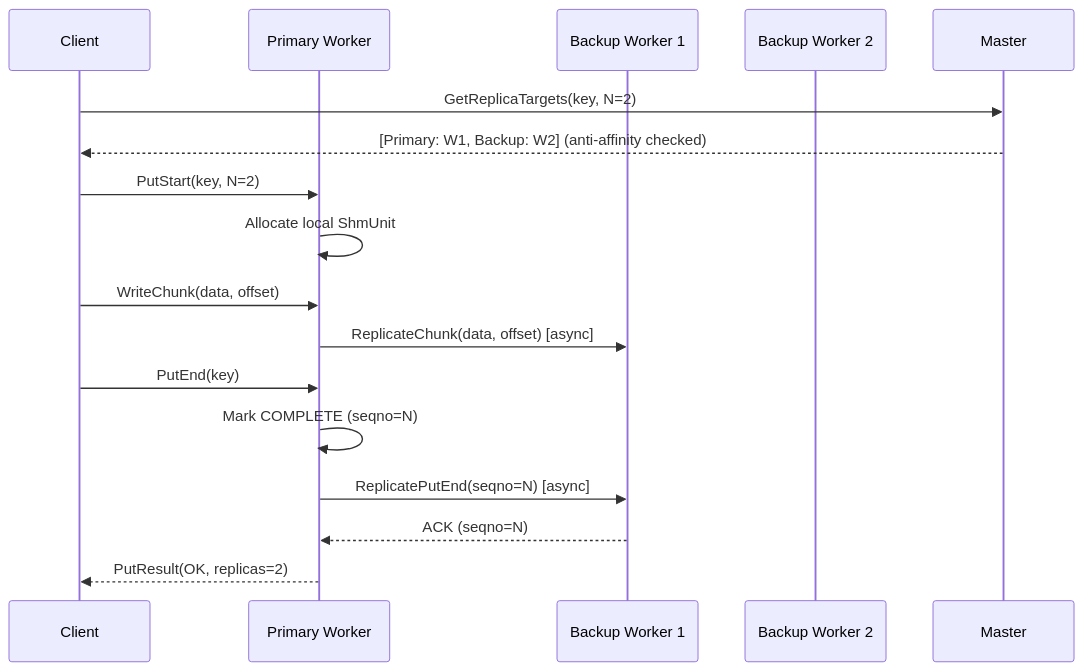
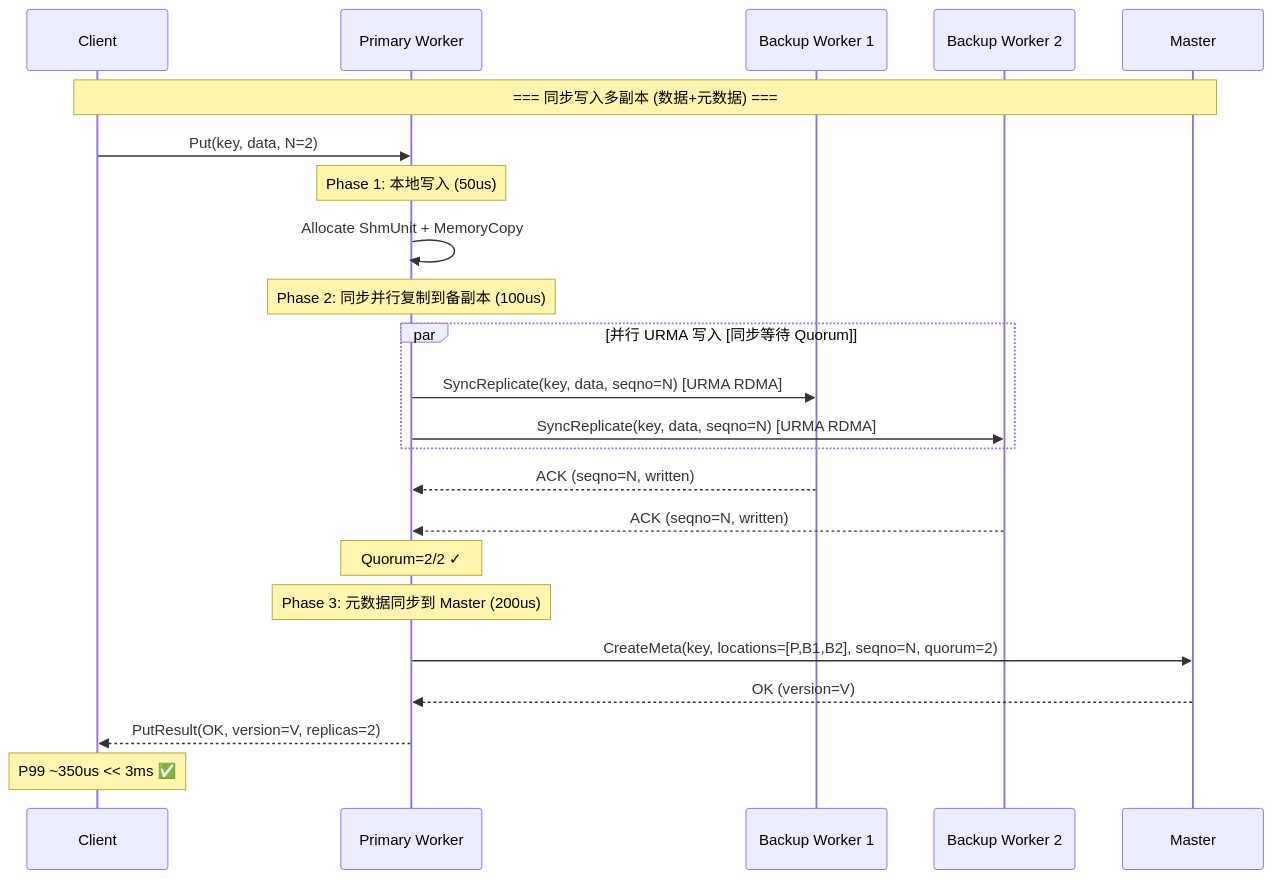
Before and after one commit to CheYulin/yuanrong-datasystem-agent-workbench: the second of 7 diagrams in rfc/2026-05-multi-replica/design.md, drawn with Mermaid. The commit also changed other lines of this file, not shown here.

First line of the commit message:
refactor: synchronous write multi-replica with data+metadata sync

````diff
--- a/rfc/2026-05-multi-replica/design.md
+++ b/rfc/2026-05-multi-replica/design.md
@@ -100,23 +100,31 @@
 ```mermaid
 sequenceDiagram
     participant Client
     participant Primary as Primary Worker
     participant Backup1 as Backup Worker 1
     participant Backup2 as Backup Worker 2
     participant Master
     
-    Client->>Master: GetReplicaTargets(key, N=2)
-    Master-->>Client: [Primary: W1, Backup: W2] (anti-affinity checked)
+    Note over Client,Master: === 同步写入多副本 (数据+元数据) ===
     
-    Client->>Primary: PutStart(key, N=2)
-    Primary->>Primary: Allocate local ShmUnit
+    Client->>Primary: Put(key, data, N=2)
     
-    Client->>Primary: WriteChunk(data, offset)
-    Primary->>Backup1: ReplicateChunk(data, offset) [async]
+    Note over Primary: Phase 1: 本地写入 (50us)
+    Primary->>Primary: Allocate ShmUnit + MemoryCopy
     
-    Client->>Primary: PutEnd(key)
-    Primary->>Primary: Mark COMPLETE (seqno=N)
-    Primary->>Backup1: ReplicatePutEnd(seqno=N) [async]
-    Backup1-->>Primary: ACK (seqno=N)
-    Primary-->>Client: PutResult(OK, replicas=2)
+    Note over Primary: Phase 2: 同步并行复制到备副本 (100us)
+    par 并行 URMA 写入 [同步等待 Quorum]
+        Primary->>Backup1: SyncReplicate(key, data, seqno=N) [URMA RDMA]
+        Primary->>Backup2: SyncReplicate(key, data, seqno=N) [URMA RDMA]
+    end
+    Backup1-->>Primary: ACK (seqno=N, written)
+    Backup2-->>Primary: ACK (seqno=N, written)
+    Note over Primary: Quorum=2/2 ✓
+    
+    Note over Primary: Phase 3: 元数据同步到 Master (200us)
+    Primary->>Master: CreateMeta(key, locations=[P,B1,B2], seqno=N, quorum=2)
+    Master-->>Primary: OK (version=V)
+    
+    Primary-->>Client: PutResult(OK, version=V, replicas=2)
+    Note over Client: P99 ~350us << 3ms ✅
 ```
````
